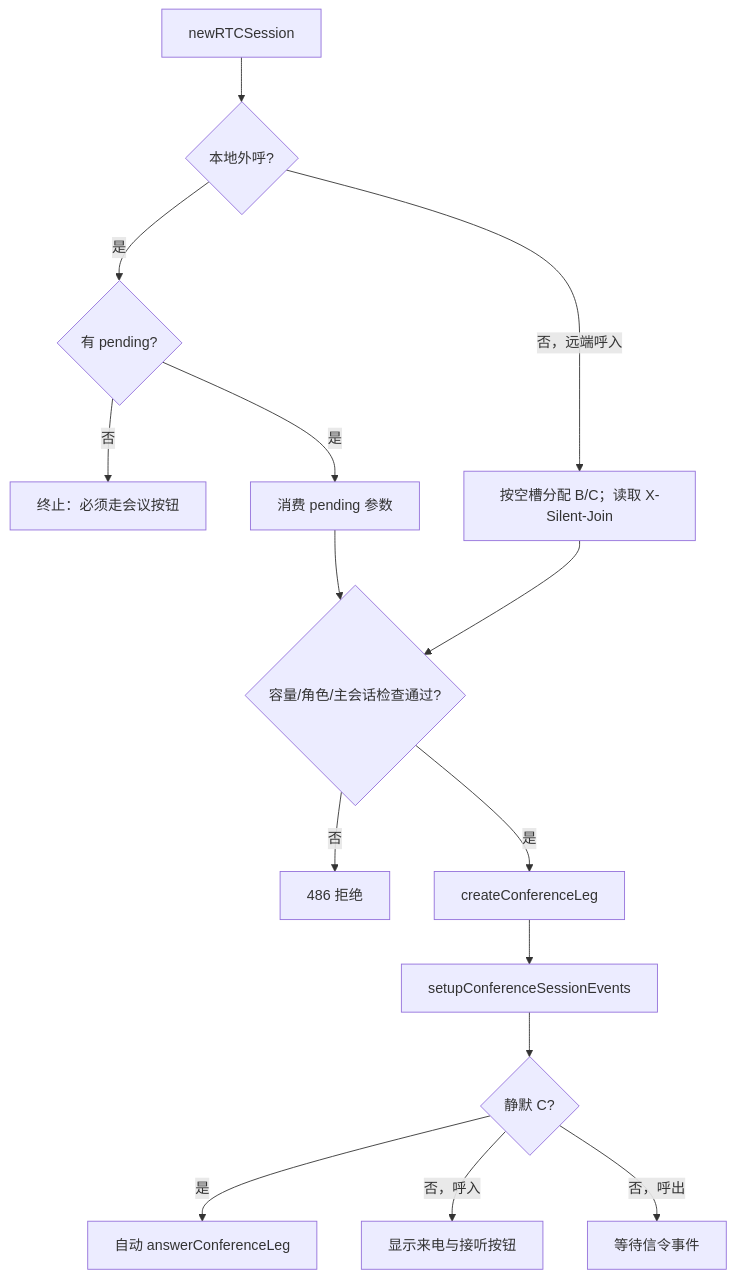
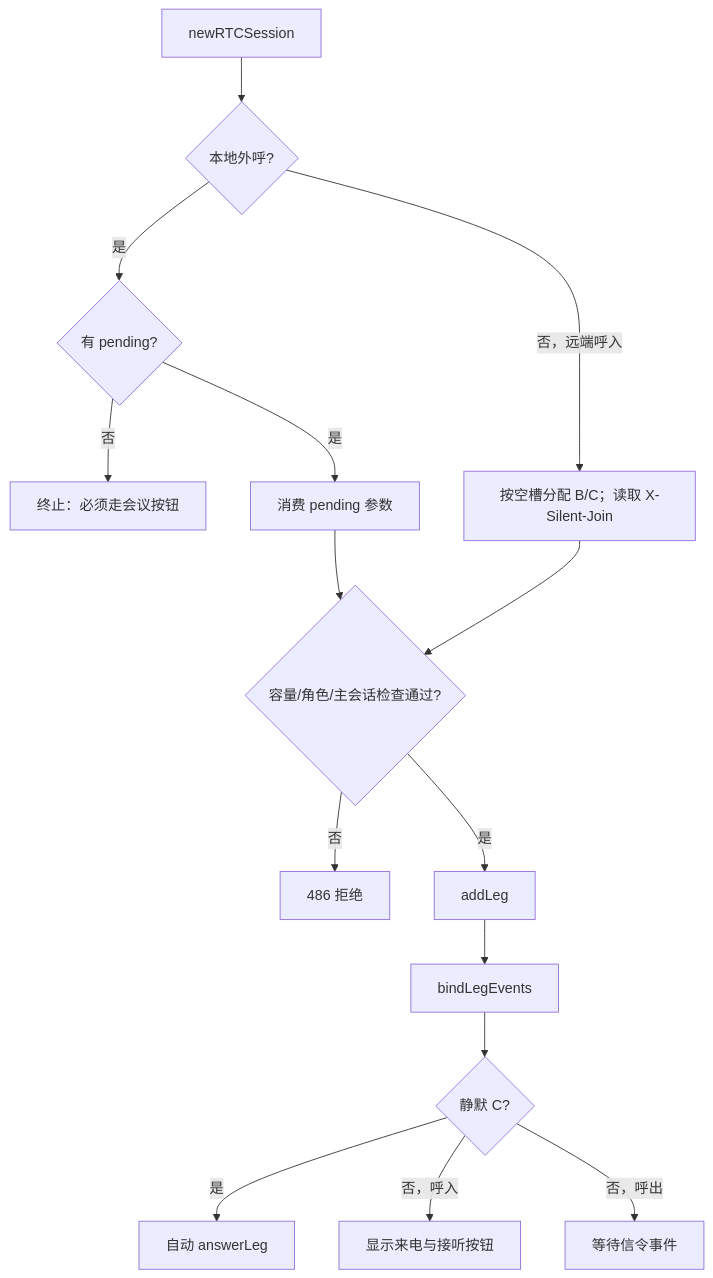
Before and after one commit to lei40251/JsSIP: the fourth of 20 diagrams in docs/app-conference-guide.md, drawn with Mermaid. The commit also changed other lines of this file and 31 other files, not shown here.

````diff
--- a/docs/app-conference-guide.md
+++ b/docs/app-conference-guide.md
@@ -241,17 +244,17 @@
 ```mermaid
 flowchart TD
   N["newRTCSession"] --> L{"本地外呼?"}
   L -->|"是"| P{"有 pending?"}
   P -->|"否"| R0["终止：必须走会议按钮"]
   P -->|"是"| O["消费 pending 参数"]
   L -->|"否，远端呼入"| A["按空槽分配 B/C；读取 X-Silent-Join"]
   O --> F{"容量/角色/主会话检查通过?"}
   A --> F
   F -->|"否"| R1["486 拒绝"]
-  F -->|"是"| C["createConferenceLeg"]
-  C --> E["setupConferenceSessionEvents"]
+  F -->|"是"| C["addLeg"]
+  C --> E["bindLegEvents"]
   E --> S{"静默 C?"}
-  S -->|"是"| AA["自动 answerConferenceLeg"]
+  S -->|"是"| AA["自动 answerLeg"]
   S -->|"否，呼入"| UI["显示来电与接听按钮"]
   S -->|"否，呼出"| W["等待信令事件"]
 ```
````
